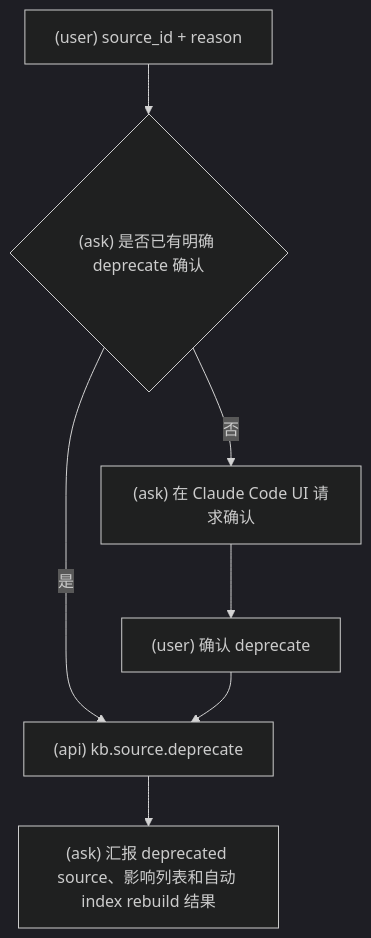
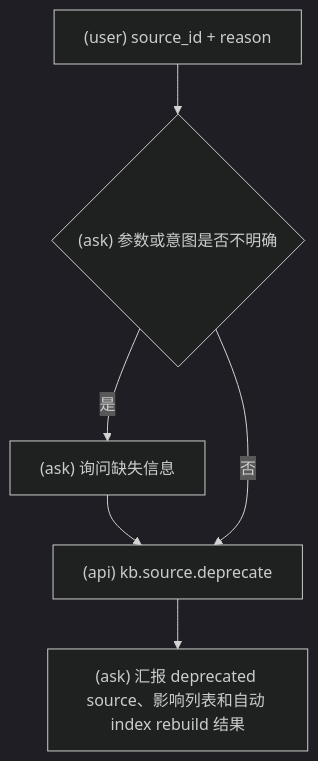
One commit to srangerme/KBManager changed the second of 2 diagrams in skills/kbm-source/SKILL.md. Above: the diagram before and after it, drawn with Mermaid (dark theme). The commit also changed other lines of this file and 48 other files, not shown here.

````diff
--- a/skills/kbm-source/SKILL.md
+++ b/skills/kbm-source/SKILL.md
@@ -72,9 +72,8 @@
 ```mermaid
 flowchart TD
-  A["(user) source_id + reason"] --> B{"(ask) 是否已有明确 deprecate 确认"}
-  B -- 否 --> C["(ask) 在 Claude Code UI 请求确认"]
-  C --> D["(user) 确认 deprecate"]
-  B -- 是 --> E["(api) kb.source.deprecate"]
-  D --> E
+  A["(user) source_id + reason"] --> B{"(ask) 参数或意图是否不明确"}
+  B -- 是 --> C["(ask) 询问缺失信息"]
+  C --> E["(api) kb.source.deprecate"]
+  B -- 否 --> E["(api) kb.source.deprecate"]
   E --> F["(ask) 汇报 deprecated source、影响列表和自动 index rebuild 结果"]
 ```
````
